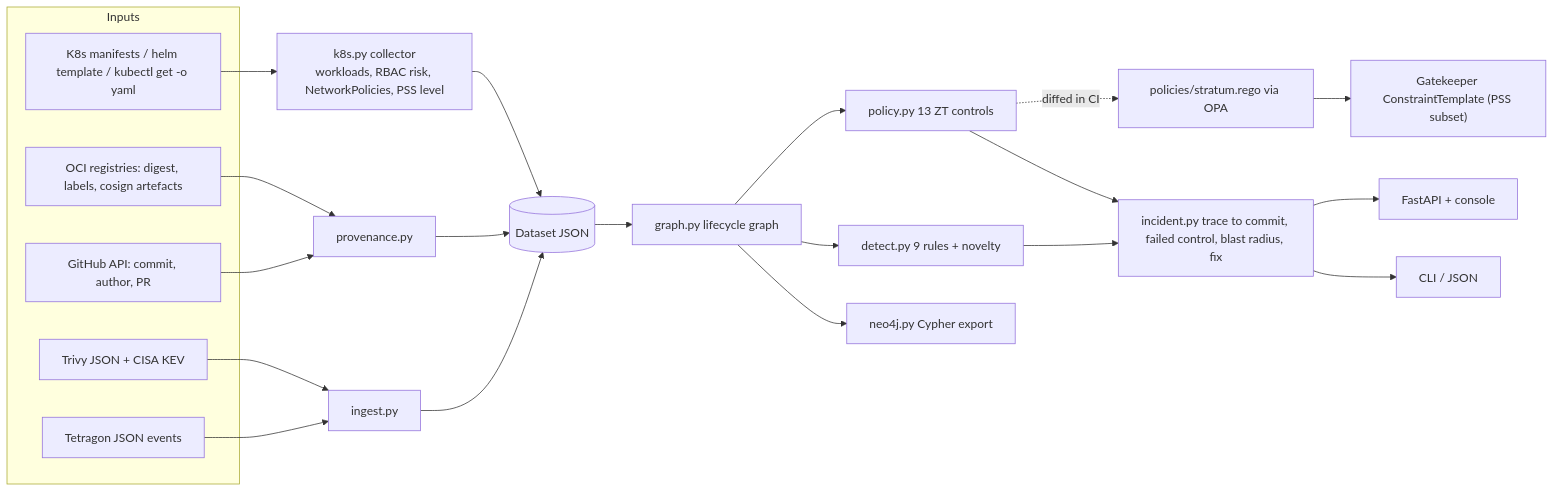
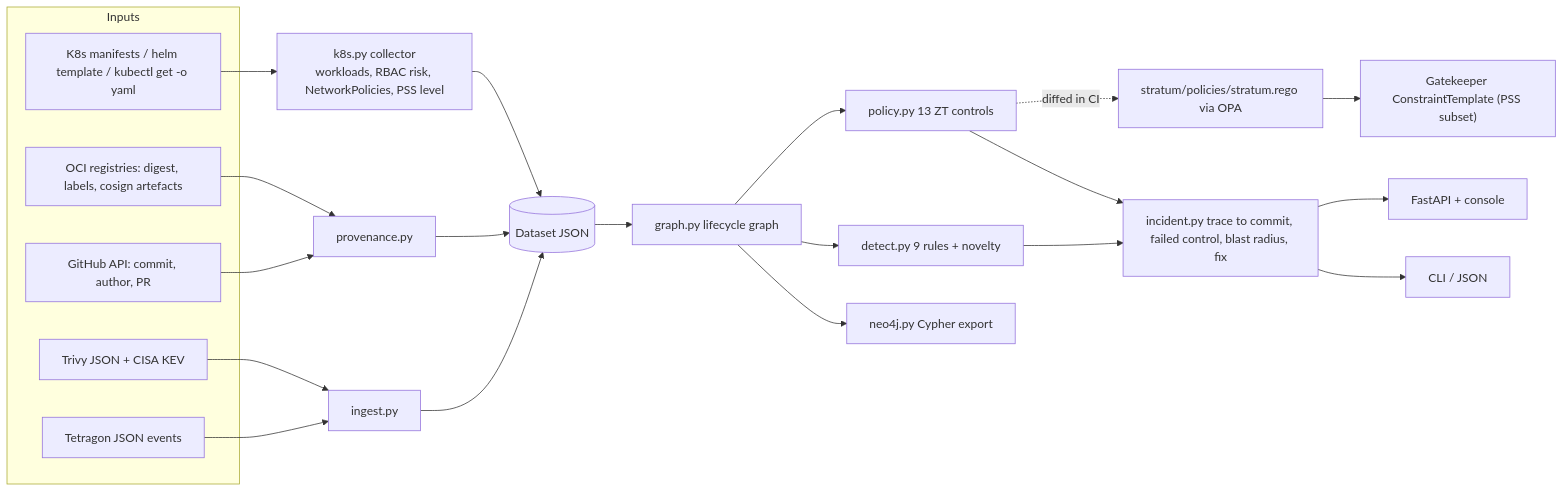
The diagram in docs/architecture.md (rakshit-737/stratum), drawn with Mermaid before and after one commit. The commit also changed 17 other files, not shown here.

First line of the commit message:
fix(packaging): ship Rego policies inside the wheel; data dir defaults to ./data

````diff
--- a/docs/architecture.md
+++ b/docs/architecture.md
@@ -3,28 +3,28 @@
 ```mermaid
 flowchart LR
   subgraph Inputs
     MAN["K8s manifests / helm template / kubectl get -o yaml"]
     REG["OCI registries: digest, labels, cosign artefacts"]
     GH["GitHub API: commit, author, PR"]
     TRV["Trivy JSON + CISA KEV"]
     TET["Tetragon JSON events"]
   end
   MAN --> K8S["k8s.py collector<br/>workloads, RBAC risk, NetworkPolicies, PSS level"]
   REG --> PROV["provenance.py"]
   GH --> PROV
   TRV --> ING["ingest.py"]
   TET --> ING
   K8S --> DS[("Dataset JSON")]
   PROV --> DS
   ING --> DS
   DS --> G["graph.py lifecycle graph"]
   G --> POL["policy.py 13 ZT controls"]
-  POL -. "diffed in CI" .-> REGO["policies/stratum.rego via OPA"]
+  POL -. "diffed in CI" .-> REGO["stratum/policies/stratum.rego via OPA"]
   G --> DET["detect.py 9 rules + novelty"]
   DET --> INC["incident.py trace to commit, failed control, blast radius, fix"]
   POL --> INC
   INC --> API["FastAPI + console"]
   REGO --> GK["Gatekeeper ConstraintTemplate (PSS subset)"]
   G --> NEO["neo4j.py Cypher export"]
   INC --> CLI["CLI / JSON"]
 ```
````
